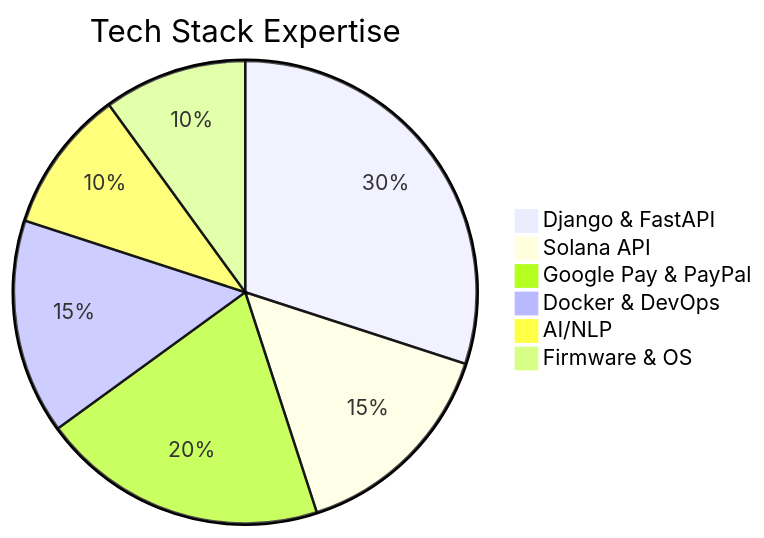
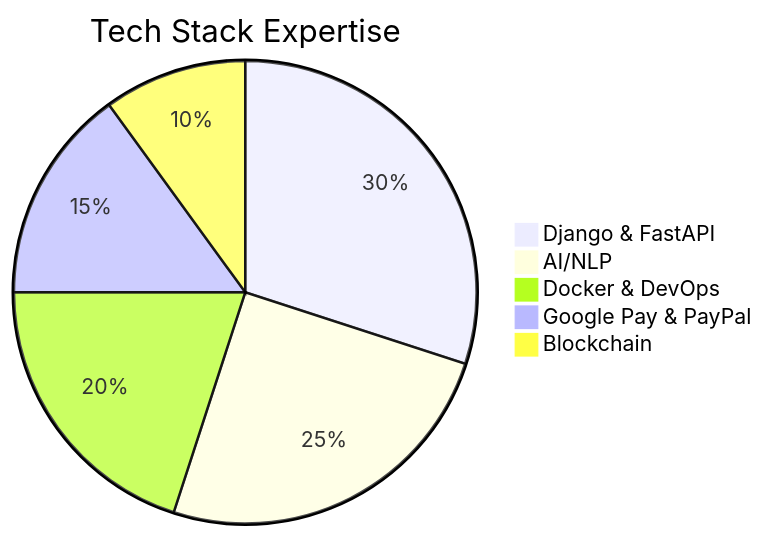
Before and after one commit to AleksandrBagdasarov/aleksandrbagdasarov: the second of 2 diagrams in README.md, drawn with Mermaid. The commit also changed other lines of this file, not shown here.

````diff
--- a/README.md
+++ b/README.md
@@ -35,10 +35,9 @@
 ```mermaid
 pie
     title Tech Stack Expertise
     "Django & FastAPI": 30
-    "Solana API": 15
-    "Google Pay & PayPal": 20
-    "Docker & DevOps": 15
-    "AI/NLP": 10
-    "Firmware & OS": 10
+    "AI/NLP": 25
+    "Docker & DevOps": 20
+    "Google Pay & PayPal": 15
+    "Blockchain": 10
 ```
````
